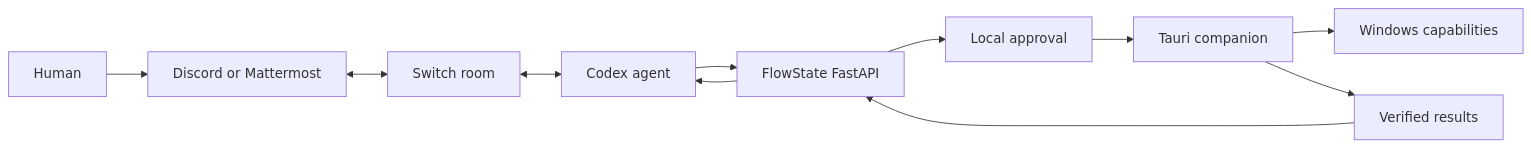
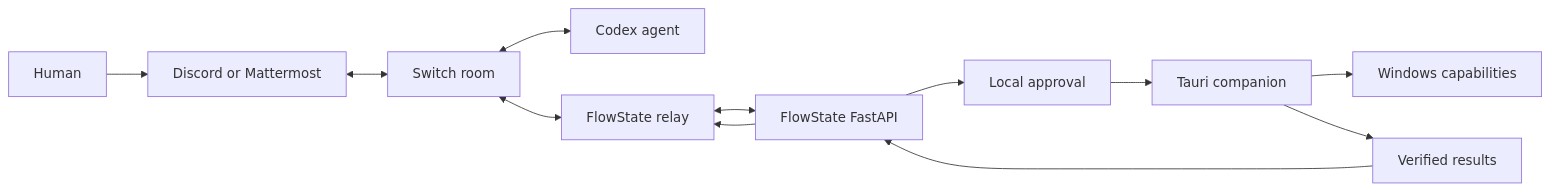
One commit to acheeseburgercodes/flowstate-os changed the diagram in README.md. Above: the diagram before and after it, drawn with Mermaid. The commit also changed other lines of this file and 1 other file, not shown here.

````diff
--- a/README.md
+++ b/README.md
@@ -9,13 +11,14 @@
 ```mermaid
 flowchart LR
   Human --> Chat[Discord or Mattermost]
   Chat <--> Switch[Switch room]
   Switch <--> Agent[Codex agent]
-  Agent --> API[FlowState FastAPI]
+  Switch <--> Relay[FlowState relay]
+  Relay <--> API[FlowState FastAPI]
   API --> Approval[Local approval]
   Approval --> Desktop[Tauri companion]
   Desktop --> Windows[Windows capabilities]
   Desktop --> Results[Verified results]
   Results --> API
-  API --> Agent
+  API --> Relay
 ```
````
